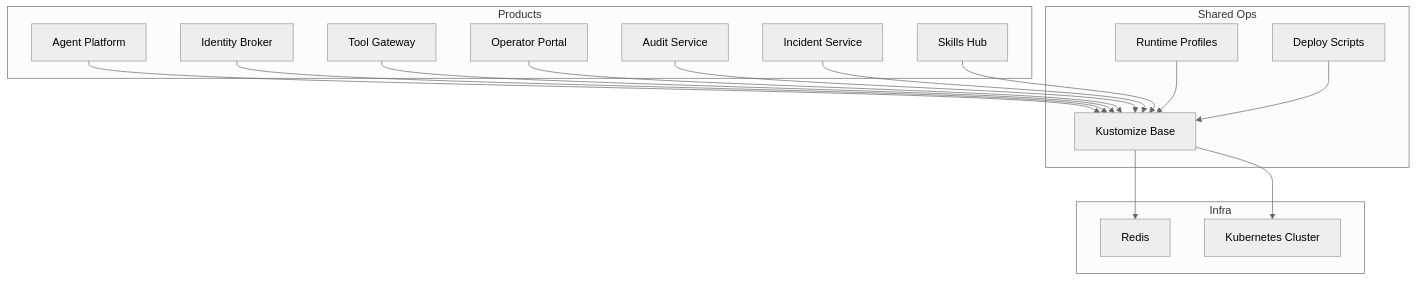
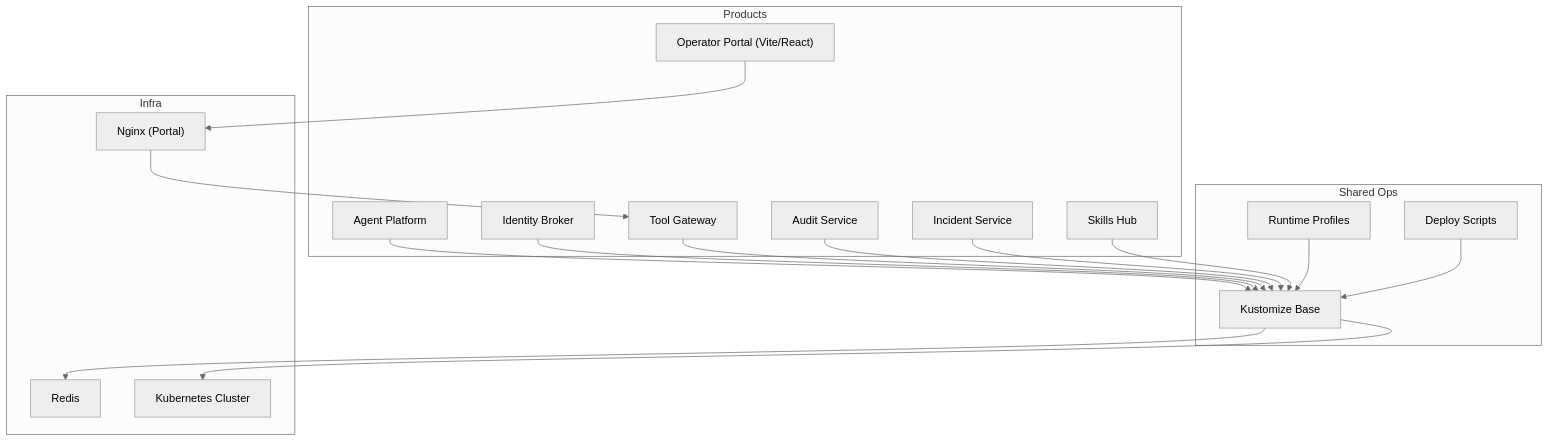
One commit to metasync/luban-aiops changed the first of 2 diagrams in .qoder/repowiki/en/content/Getting Started.md. Above: the diagram before and after it, drawn with Mermaid (neutral theme). The commit also changed other lines of this file and 51 other files, not shown here.

````diff
--- a/.qoder/repowiki/en/content/Getting Started.md
+++ b/.qoder/repowiki/en/content/Getting Started.md
@@ -103,32 +115,34 @@
 ```mermaid
 graph TB
 subgraph "Products"
 AP["Agent Platform"]
 IB["Identity Broker"]
 TG["Tool Gateway"]
-OP["Operator Portal"]
+OP["Operator Portal (Vite/React)"]
 AS["Audit Service"]
 IS["Incident Service"]
 SH["Skills Hub"]
 end
 subgraph "Shared Ops"
 KO["Kustomize Base"]
 RP["Runtime Profiles"]
 DS["Deploy Scripts"]
 end
 subgraph "Infra"
 RDS["Redis"]
 K8S["Kubernetes Cluster"]
+NGINX["Nginx (Portal)"]
 end
 AP --> KO
 IB --> KO
 TG --> KO
-OP --> KO
+OP --> NGINX
 AS --> KO
 IS --> KO
 SH --> KO
 KO --> RDS
 KO --> K8S
 RP --> KO
 DS --> KO
+NGINX --> TG
 ```
````
